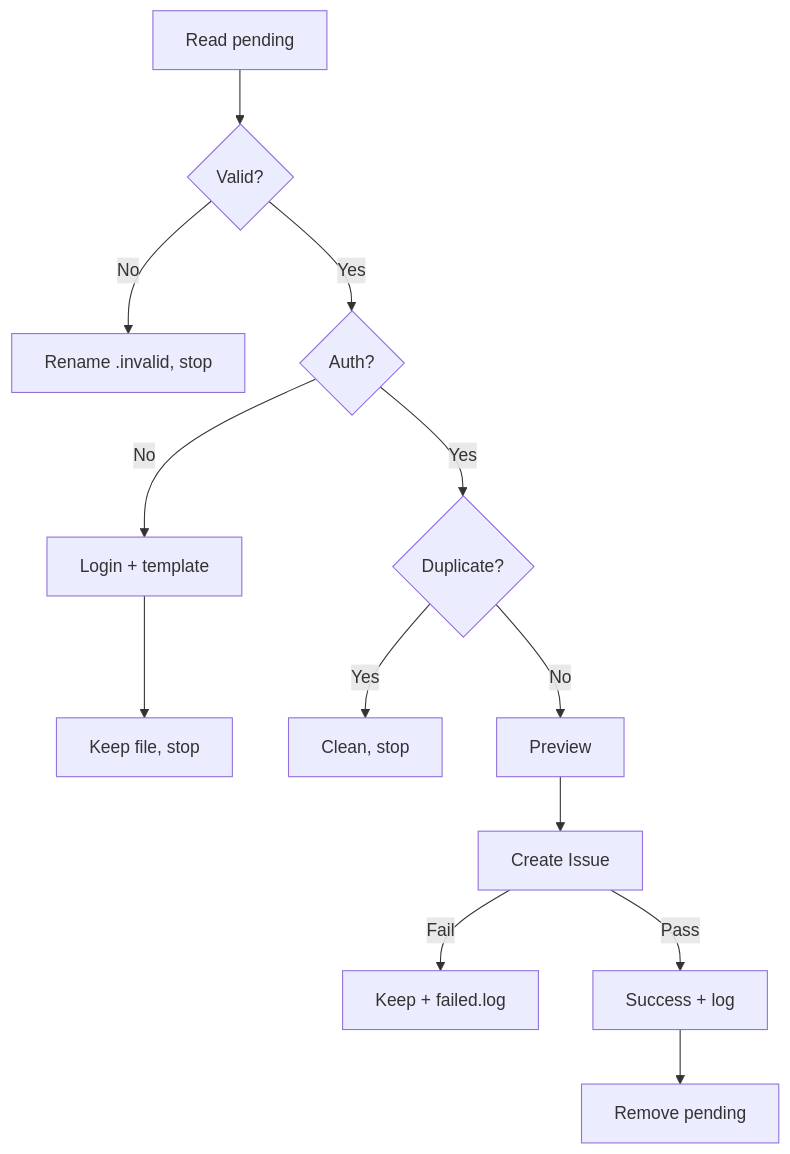
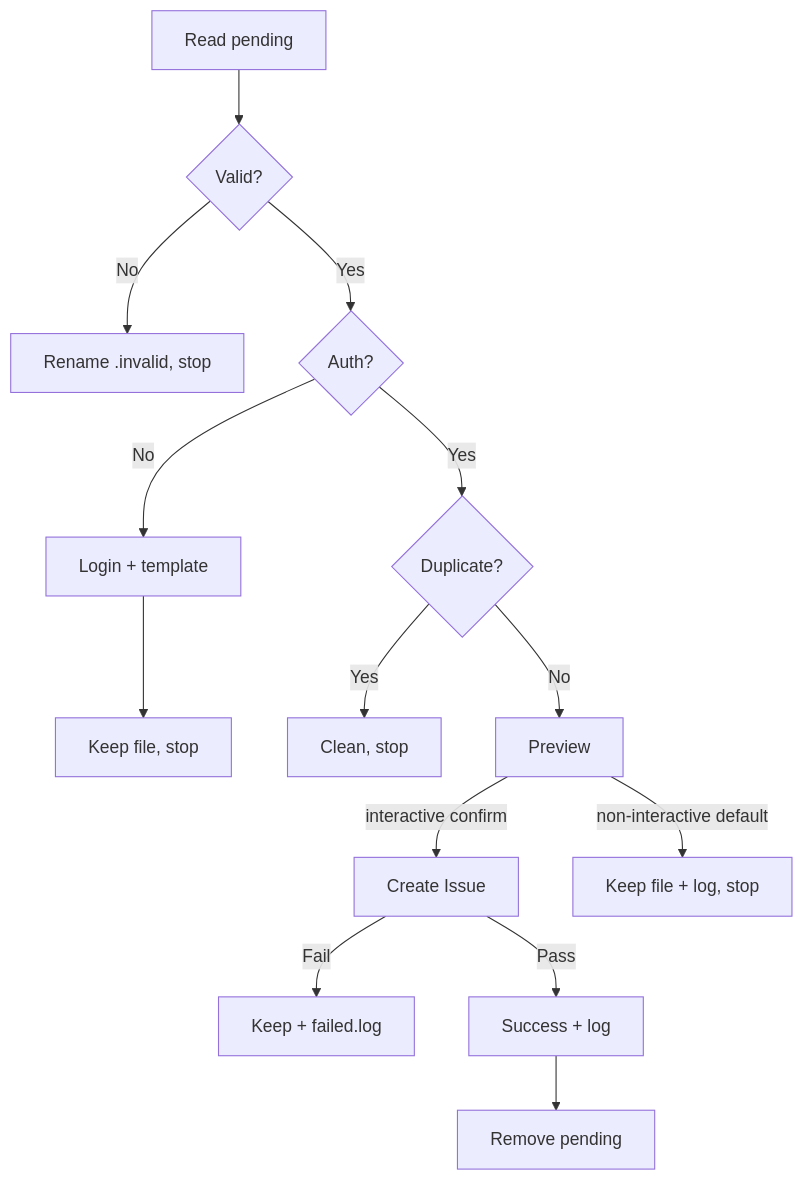
One commit to byx-darwin/gitflow-cli changed the diagram in skills/gf-autoreport-bug/SKILL.md. Above: the diagram before and after it, drawn with Mermaid. The commit also changed other lines of this file and 70 other files, not shown here.

````diff
--- a/skills/gf-autoreport-bug/SKILL.md
+++ b/skills/gf-autoreport-bug/SKILL.md
@@ -36,15 +36,16 @@
 ```mermaid
 flowchart TD
     A[Read pending] --> B{Valid?}
     B -->|No| C[Rename .invalid, stop]
     B -->|Yes| D{Auth?}
     D -->|No| NEW[Login + template]
     NEW --> KEEP[Keep file, stop]
     D -->|Yes| G{Duplicate?}
     G -->|Yes| I[Clean, stop]
     G -->|No| P[Preview]
-    P --> J[Create Issue]
+    P -->|interactive confirm| J[Create Issue]
+    P -->|non-interactive default| SK[Keep file + log, stop]
     J -->|Fail| F[Keep + failed.log]
     J -->|Pass| M[Success + log]
     M --> K[Remove pending]
 ```
````
